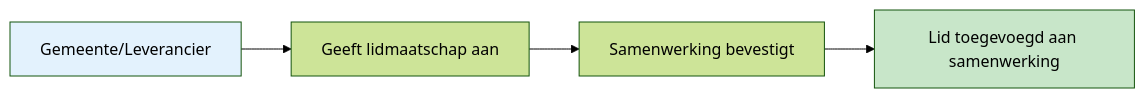
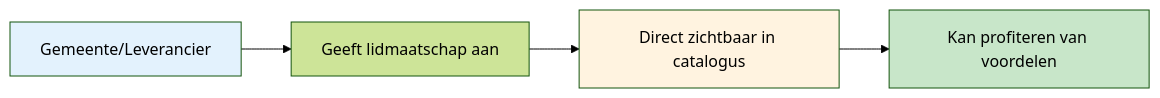
Before and after one commit to VNG-Realisatie/Softwarecatalogus: the second of 2 diagrams in website/docs/Klantreizen/klantreis_samenwerking.md, drawn with Mermaid (forest theme). The commit also changed 4 other files, not shown here.

````diff
--- a/website/docs/Klantreizen/klantreis_samenwerking.md
+++ b/website/docs/Klantreizen/klantreis_samenwerking.md
@@ -153,9 +153,10 @@
 ```mermaid
 flowchart LR
     A[Gemeente/Leverancier] --> B[Geeft lidmaatschap aan]
-    B --> C[Samenwerking bevestigt]
-    C --> D[Lid toegevoegd aan samenwerking]
+    B --> C[Direct zichtbaar in catalogus]
+    C --> D[Kan profiteren van voordelen]
     
     style A fill:#e3f2fd
+    style C fill:#fff3e0
     style D fill:#c8e6c9
 ```
````
